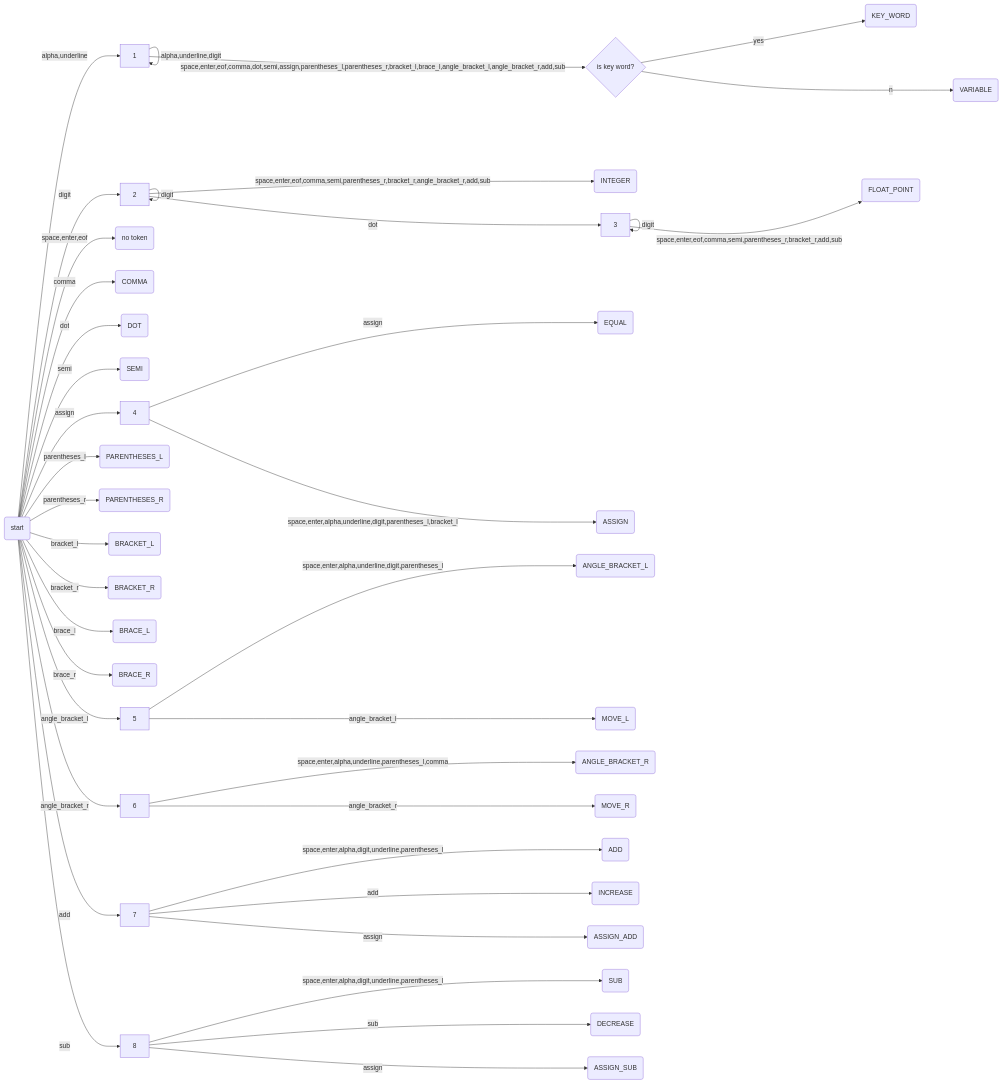
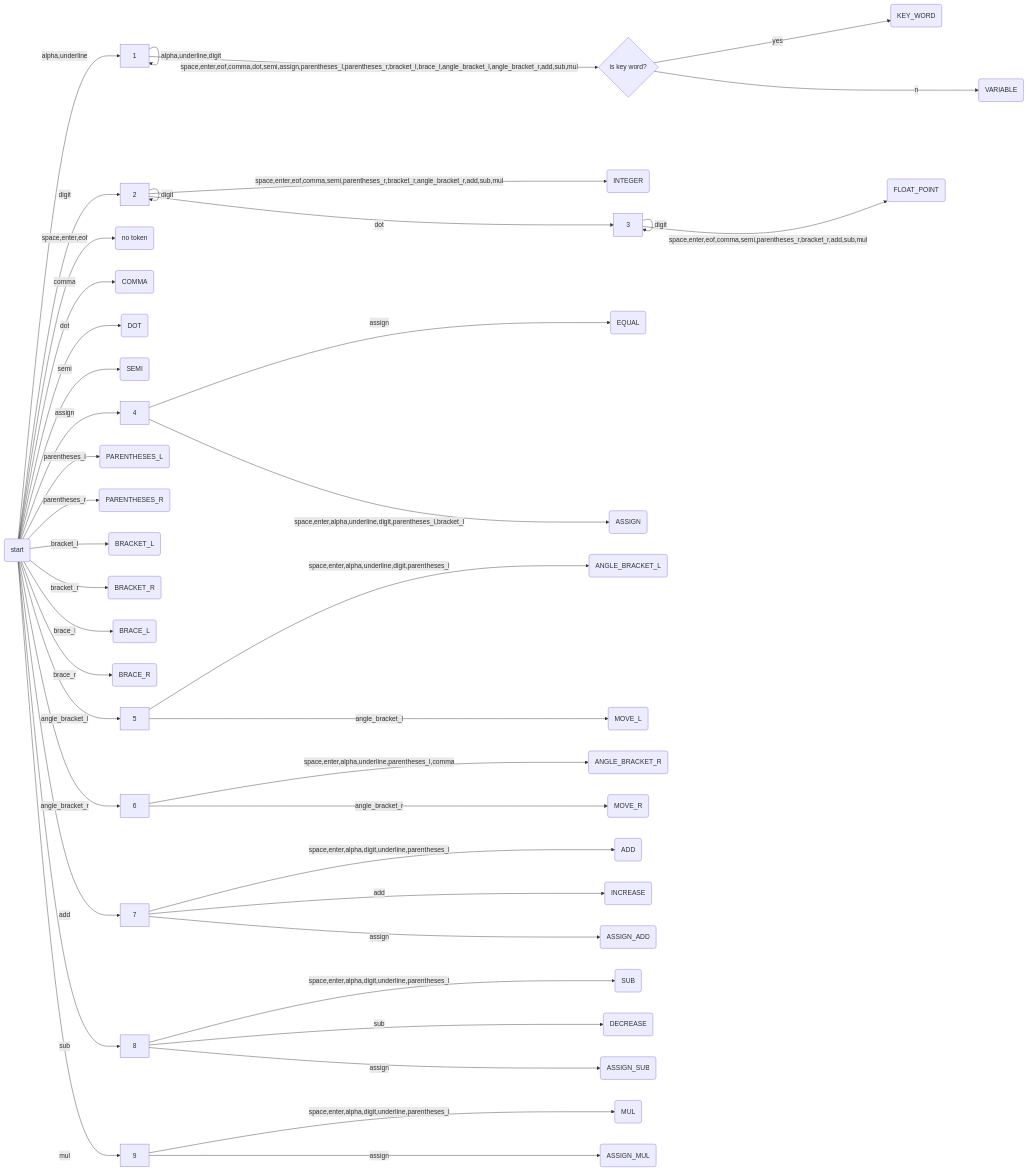
Before and after one commit to BenQuickDeNN/Qlang: the diagram in readme.md, drawn with Mermaid. The commit also changed 5 other files, not shown here.

````diff
--- a/readme.md
+++ b/readme.md
@@ -3,50 +3,54 @@
 ```mermaid
 graph LR
     0(start) --alpha,underline--> 1;
     0 --digit--> 2;
     0 --space,enter,eof--> 0.1(no token);
     0 --comma--> 0.2(COMMA);
     0 --dot--> 0.3(DOT);
     0 --semi--> 0.4(SEMI);
     0 --assign--> 4;
     0 --parentheses_l--> 0.5(PARENTHESES_L);
     0 --parentheses_r--> 0.6(PARENTHESES_R);
     0 --bracket_l--> 0.7(BRACKET_L);
     0 --bracket_r--> 0.8(BRACKET_R);
     0 --brace_l--> 0.9(BRACE_L);
     0 --brace_r--> 0.10(BRACE_R);
     0 --angle_bracket_l--> 5;
     0 --angle_bracket_r--> 6;
     0 --add--> 7;
     0 --sub--> 8;
+    0 --mul--> 9;
 
     1 --alpha,underline,digit--> 1;
-    1 --space,enter,eof,comma,dot,semi,assign,parentheses_l,parentheses_r,bracket_l,brace_l,angle_bracket_l,angle_bracket_r,add,sub--> 1.1{is key word?};
+    1 --space,enter,eof,comma,dot,semi,assign,parentheses_l,parentheses_r,bracket_l,brace_l,angle_bracket_l,angle_bracket_r,add,sub,mul--> 1.1{is key word?};
 
     2 --digit--> 2;
-    2 --space,enter,eof,comma,semi,parentheses_r,bracket_r,angle_bracket_r,add,sub--> 2.1(INTEGER);
+    2 --space,enter,eof,comma,semi,parentheses_r,bracket_r,angle_bracket_r,add,sub,mul--> 2.1(INTEGER);
     2 --dot--> 3;
 
     1.1 --yes--> 1.1.1(KEY_WORD);
     1.1 --no--> 1.1.2(VARIABLE);
 
     3 --digit--> 3;
-    3 --space,enter,eof,comma,semi,parentheses_r,bracket_r,add,sub--> 3.1(FLOAT_POINT);
+    3 --space,enter,eof,comma,semi,parentheses_r,bracket_r,add,sub,mul--> 3.1(FLOAT_POINT);
 
     4 --assign--> 4.1(EQUAL);
     4 --space,enter,alpha,underline,digit,parentheses_l,bracket_l--> 4.2(ASSIGN);
 
     5 --space,enter,alpha,underline,digit,parentheses_l--> 5.1(ANGLE_BRACKET_L);
     5 --angle_bracket_l--> 5.2(MOVE_L);
 
     6 --space,enter,alpha,underline,parentheses_l,comma-->6.1(ANGLE_BRACKET_R);
     6 --angle_bracket_r--> 6.2(MOVE_R);
 
     7 --space,enter,alpha,digit,underline,parentheses_l--> 7.1(ADD);
     7 --add--> 7.2(INCREASE);
     7 --assign--> 7.3(ASSIGN_ADD);
 
     8 --space,enter,alpha,digit,underline,parentheses_l--> 8.1(SUB);
     8 --sub--> 8.2(DECREASE);
     8 --assign--> 8.3(ASSIGN_SUB);
+
+    9 --space,enter,alpha,digit,underline,parentheses_l--> 9.1(MUL);
+    9 --assign--> 9.2(ASSIGN_MUL);
 ```
````
